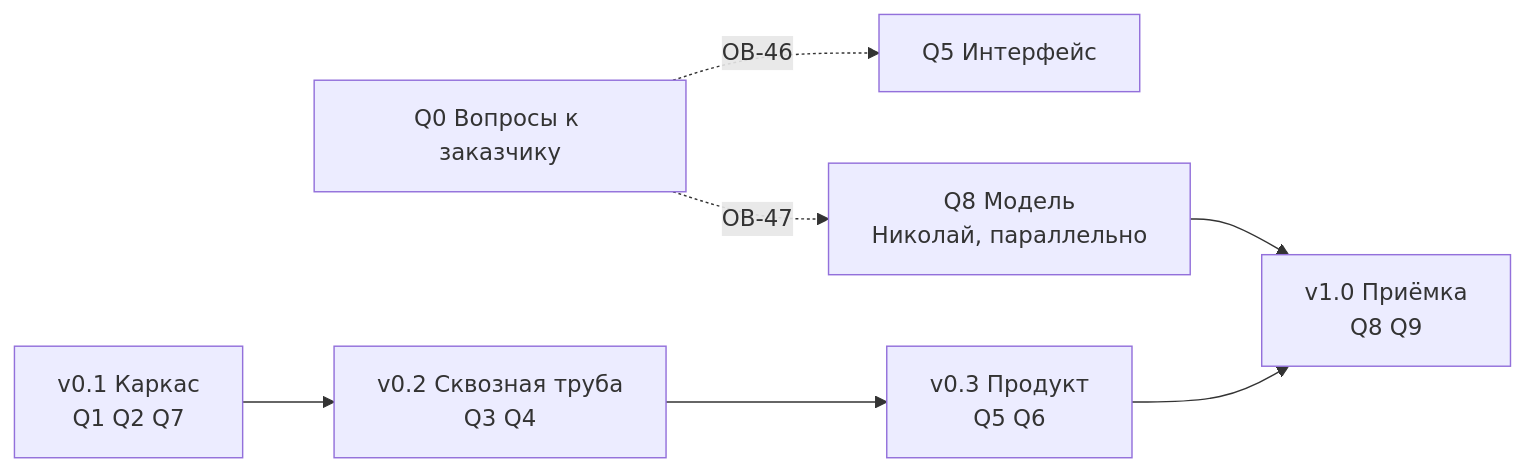
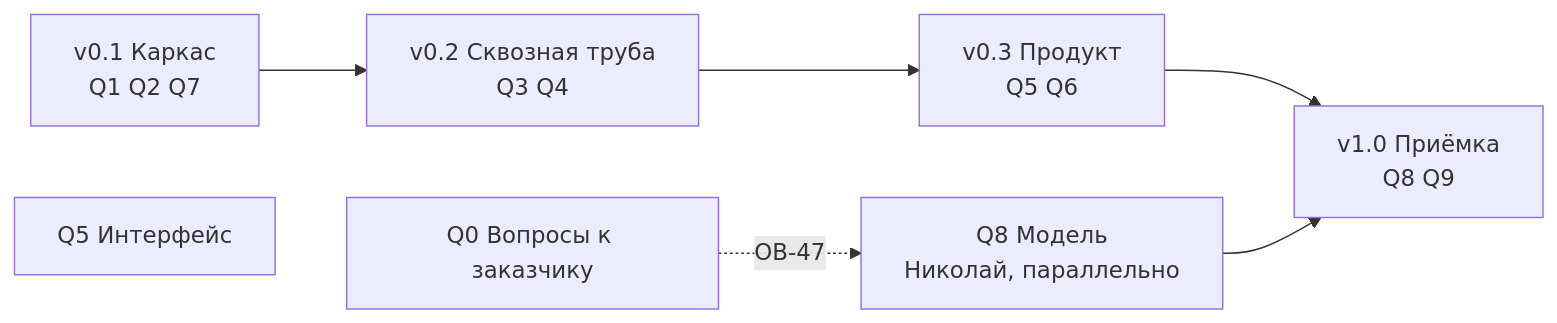
The diagram in docs/plan.md (miroslavabogatyreva/moskollektor), drawn with Mermaid before and after one commit. The commit also changed other lines of this file and 42 other files, not shown here.

````diff
--- a/docs/plan.md
+++ b/docs/plan.md
@@ -126,10 +151,9 @@
 ```mermaid
 flowchart LR
-    Q0["Q0 Вопросы к заказчику"] -.->|"ОВ-46"| Q5
-    Q0 -.->|"ОВ-47"| Q8
+    Q0["Q0 Вопросы к заказчику"] -.->|"ОВ-47"| Q8
     V1["v0.1 Каркас<br/>Q1 Q2 Q7"] --> V2["v0.2 Сквозная труба<br/>Q3 Q4"]
     V2 --> V3["v0.3 Продукт<br/>Q5 Q6"]
     V3 --> V4["v1.0 Приёмка<br/>Q8 Q9"]
     Q8["Q8 Модель<br/>Николай, параллельно"] --> V4
     Q5["Q5 Интерфейс"]
 ```
````
